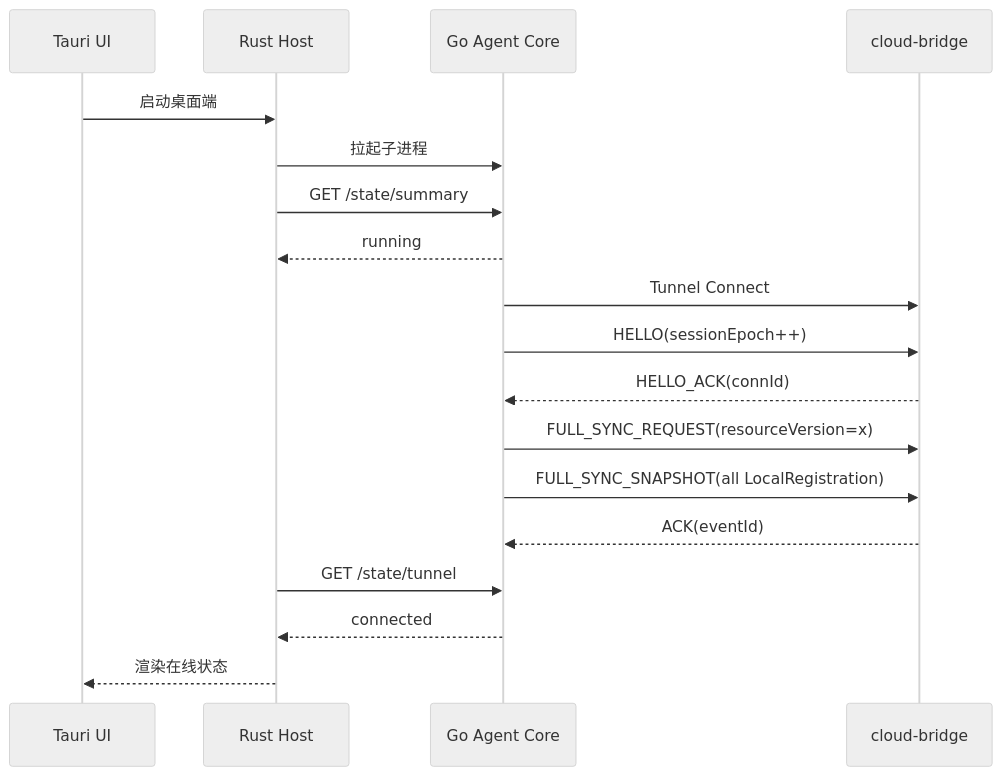
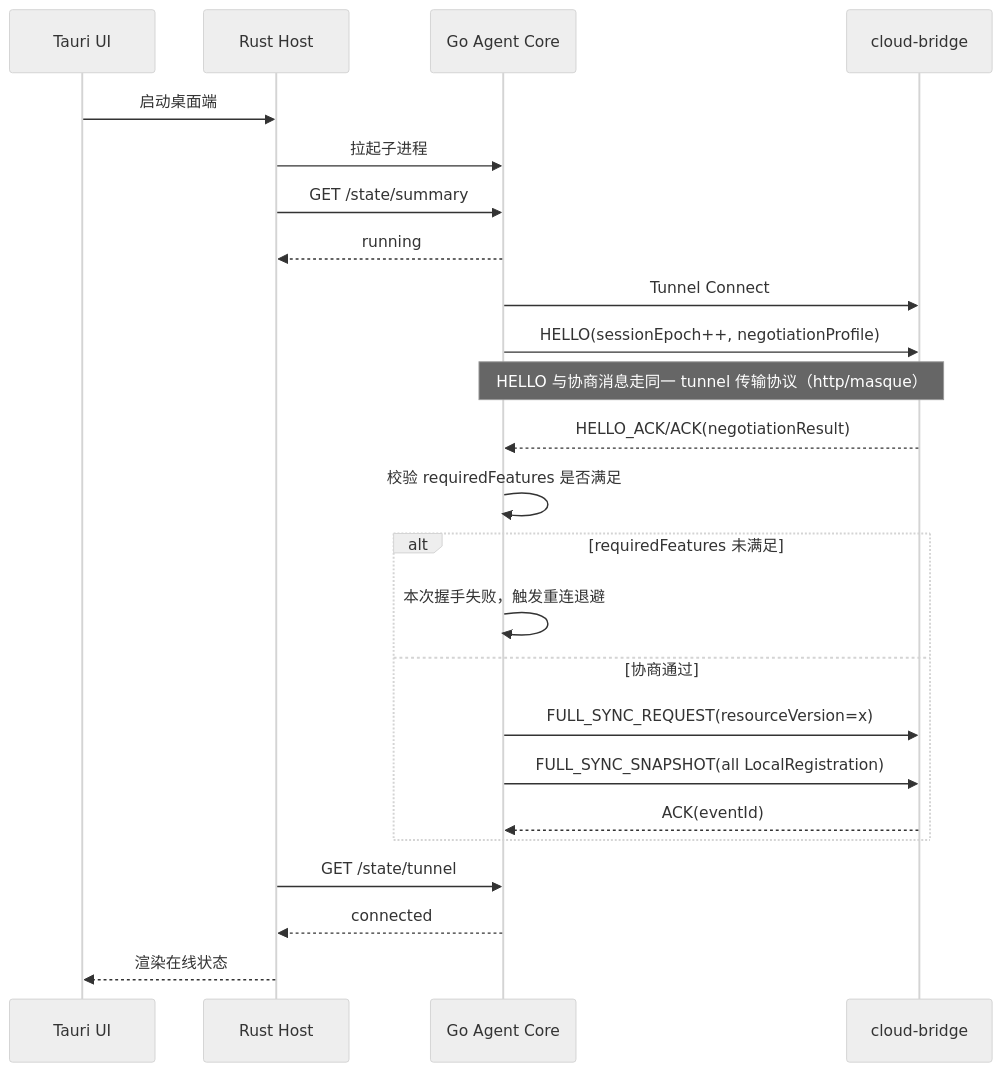
Before and after one commit to lifei6671/devbridge-loop: the second of 9 diagrams in docs/ProjectTechnicalSolution.md, drawn with Mermaid (neutral theme). The commit also changed other lines of this file and 2 other files, not shown here.

````diff
--- a/docs/ProjectTechnicalSolution.md
+++ b/docs/ProjectTechnicalSolution.md
@@ -276,21 +378,27 @@
 ```mermaid
 sequenceDiagram
     participant UI as Tauri UI
     participant RH as Rust Host
     participant AG as Go Agent Core
     participant BR as cloud-bridge
 
     UI->>RH: 启动桌面端
     RH->>AG: 拉起子进程
     RH->>AG: GET /state/summary
     AG-->>RH: running
     AG->>BR: Tunnel Connect
-    AG->>BR: HELLO(sessionEpoch++)
-    BR-->>AG: HELLO_ACK(connId)
-    AG->>BR: FULL_SYNC_REQUEST(resourceVersion=x)
-    AG->>BR: FULL_SYNC_SNAPSHOT(all LocalRegistration)
-    BR-->>AG: ACK(eventId)
+    AG->>BR: HELLO(sessionEpoch++, negotiationProfile)
+    Note over AG,BR: HELLO 与协商消息走同一 tunnel 传输协议（http/masque）
+    BR-->>AG: HELLO_ACK/ACK(negotiationResult)
+    AG->>AG: 校验 requiredFeatures 是否满足
+    alt requiredFeatures 未满足
+        AG->>AG: 本次握手失败，触发重连退避
+    else 协商通过
+        AG->>BR: FULL_SYNC_REQUEST(resourceVersion=x)
+        AG->>BR: FULL_SYNC_SNAPSHOT(all LocalRegistration)
+        BR-->>AG: ACK(eventId)
+    end
     RH->>AG: GET /state/tunnel
     AG-->>RH: connected
     RH-->>UI: 渲染在线状态
 ```
````
